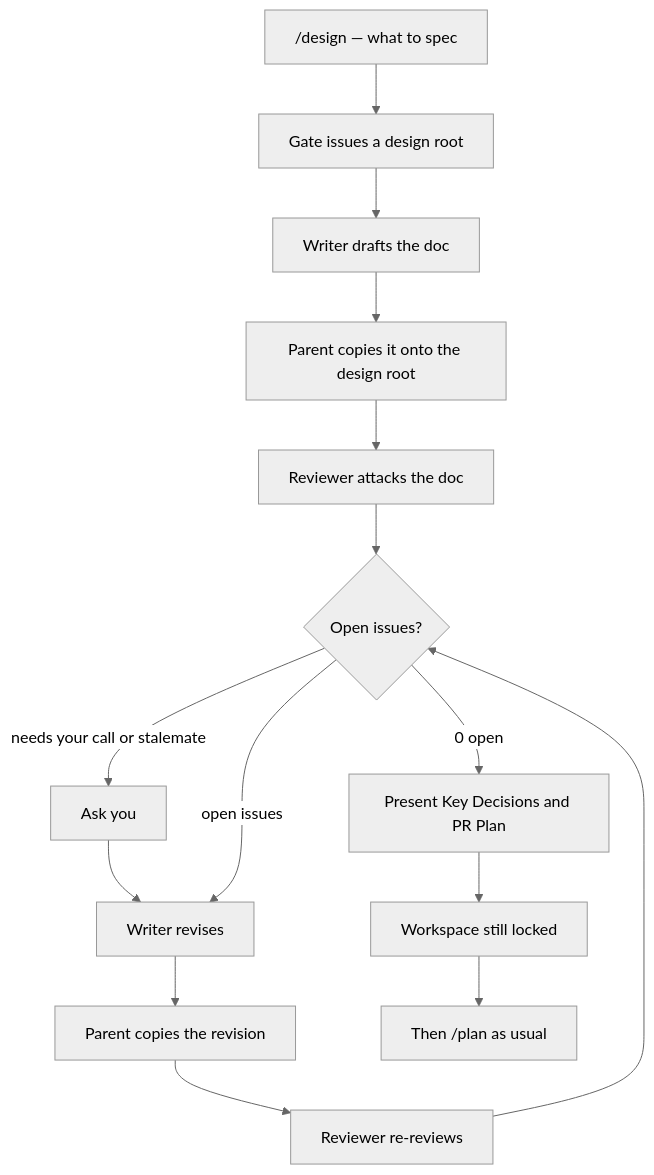
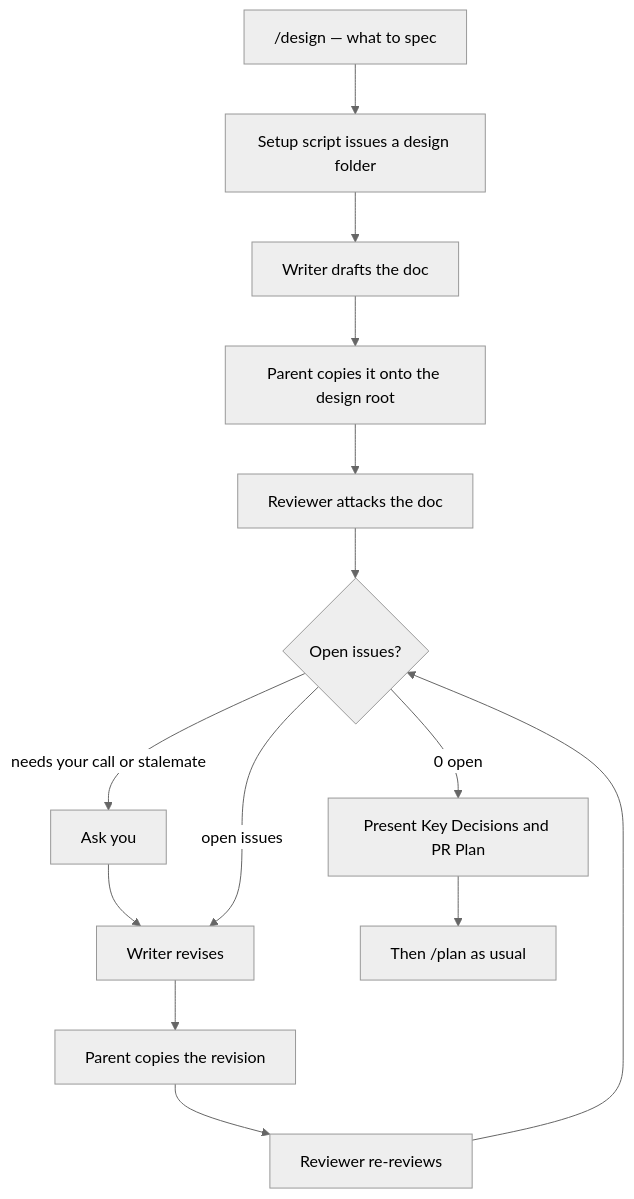
Before and after one commit to hilather/devin-skills: the second of 2 diagrams in README.md, drawn with Mermaid (neutral theme). The commit also changed other lines of this file and 70 other files, not shown here.

First line of the commit message:
feat: drop the write-lock; keep /design and builtin /plan

````diff
--- a/README.md
+++ b/README.md
@@ -88,17 +59,16 @@
 ```mermaid
 flowchart TD
-  A["/design — what to spec"] --> B[Gate issues a design root]
+  A["/design — what to spec"] --> B[Setup script issues a design folder]
   B --> C[Writer drafts the doc]
   C --> D[Parent copies it onto the design root]
   D --> E[Reviewer attacks the doc]
   E --> F{Open issues?}
   F -->|0 open| G[Present Key Decisions and PR Plan]
   F -->|needs your call or stalemate| H[Ask you]
   H --> I[Writer revises]
   F -->|open issues| I
   I --> J[Parent copies the revision]
   J --> K[Reviewer re-reviews]
   K --> F
-  G --> L[Workspace still locked]
-  L --> M["Then /plan as usual"]
+  G --> L["Then /plan as usual"]
 ```
````
